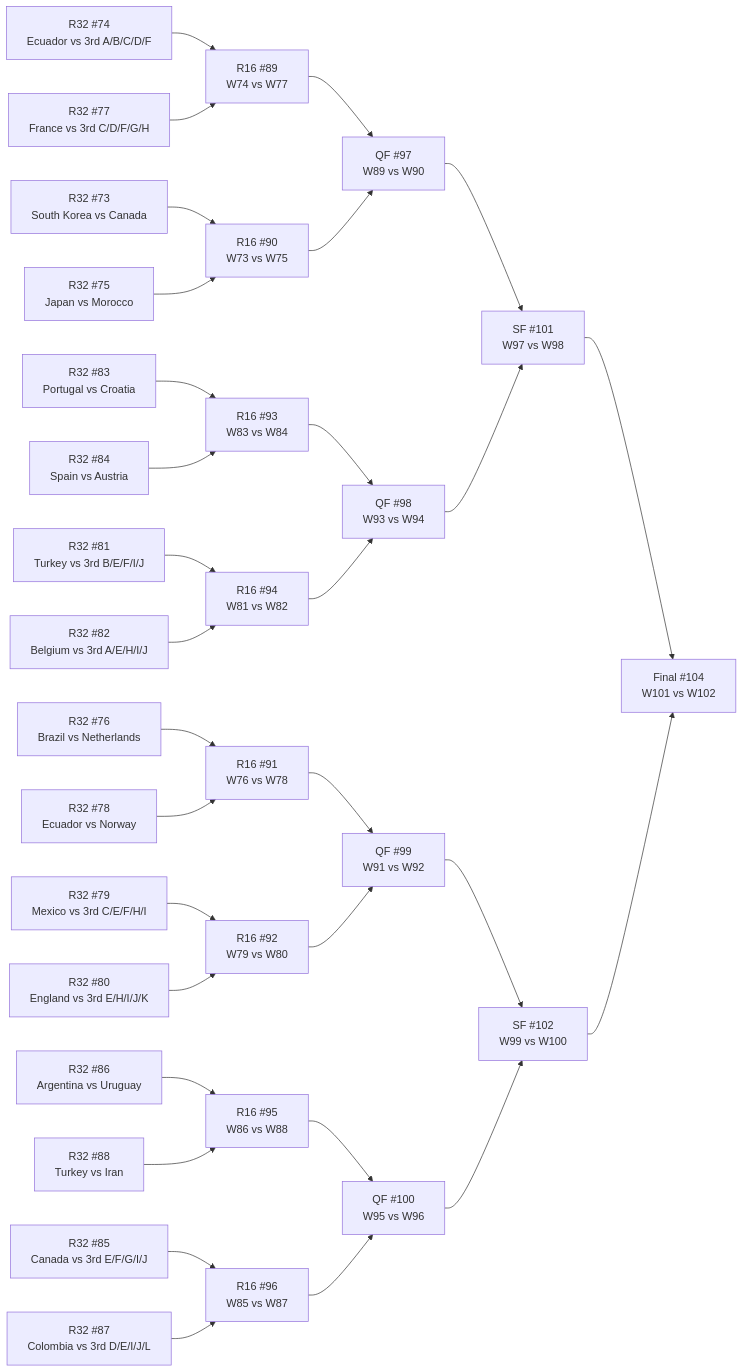
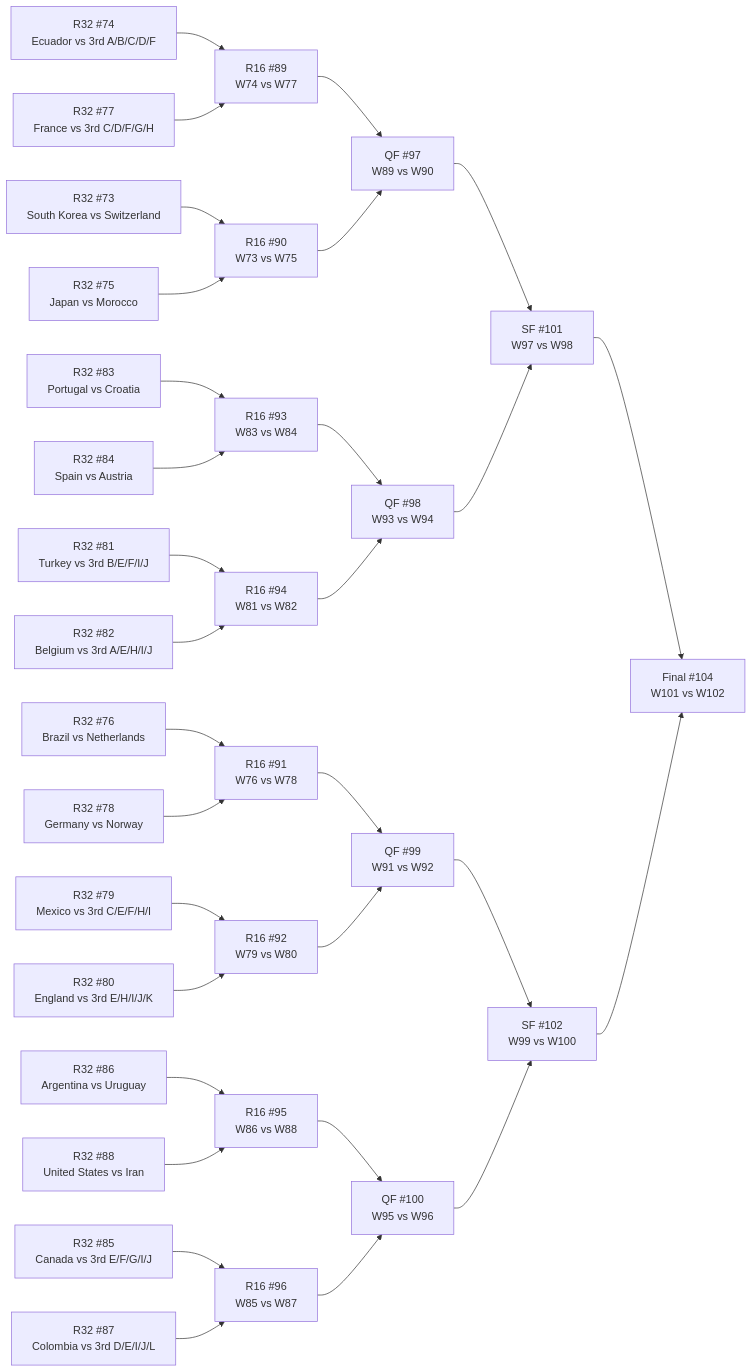
Before and after one commit to Tutai-Tran/WC-2026-predictor: the diagram in WC vault/_bracket.md, drawn with Mermaid. The commit also changed 227 other files, not shown here.

````diff
--- a/WC vault/_bracket.md
+++ b/WC vault/_bracket.md
@@ -11,64 +11,64 @@
 ```mermaid
 flowchart LR
-  M73["R32 #73<br>South Korea vs Canada"]
+  M73["R32 #73<br>South Korea vs Switzerland"]
   M74["R32 #74<br>Ecuador vs 3rd A/B/C/D/F"]
   M75["R32 #75<br>Japan vs Morocco"]
   M76["R32 #76<br>Brazil vs Netherlands"]
   M77["R32 #77<br>France vs 3rd C/D/F/G/H"]
-  M78["R32 #78<br>Ecuador vs Norway"]
+  M78["R32 #78<br>Germany vs Norway"]
   M79["R32 #79<br>Mexico vs 3rd C/E/F/H/I"]
   M80["R32 #80<br>England vs 3rd E/H/I/J/K"]
   M81["R32 #81<br>Turkey vs 3rd B/E/F/I/J"]
   M82["R32 #82<br>Belgium vs 3rd A/E/H/I/J"]
   M83["R32 #83<br>Portugal vs Croatia"]
   M84["R32 #84<br>Spain vs Austria"]
   M85["R32 #85<br>Canada vs 3rd E/F/G/I/J"]
   M86["R32 #86<br>Argentina vs Uruguay"]
   M87["R32 #87<br>Colombia vs 3rd D/E/I/J/L"]
-  M88["R32 #88<br>Turkey vs Iran"]
+  M88["R32 #88<br>United States vs Iran"]
   M89["R16 #89<br>W74 vs W77"]
   M90["R16 #90<br>W73 vs W75"]
   M91["R16 #91<br>W76 vs W78"]
   M92["R16 #92<br>W79 vs W80"]
   M93["R16 #93<br>W83 vs W84"]
   M94["R16 #94<br>W81 vs W82"]
   M95["R16 #95<br>W86 vs W88"]
   M96["R16 #96<br>W85 vs W87"]
   M97["QF #97<br>W89 vs W90"]
   M98["QF #98<br>W93 vs W94"]
   M99["QF #99<br>W91 vs W92"]
   M100["QF #100<br>W95 vs W96"]
   M101["SF #101<br>W97 vs W98"]
   M102["SF #102<br>W99 vs W100"]
   M104["Final #104<br>W101 vs W102"]
   M74 --> M89
   M77 --> M89
   M73 --> M90
   M75 --> M90
   M76 --> M91
   M78 --> M91
   M79 --> M92
   M80 --> M92
   M83 --> M93
   M84 --> M93
   M81 --> M94
   M82 --> M94
   M86 --> M95
   M88 --> M95
   M85 --> M96
   M87 --> M96
   M89 --> M97
   M90 --> M97
   M93 --> M98
   M94 --> M98
   M91 --> M99
   M92 --> M99
   M95 --> M100
   M96 --> M100
   M97 --> M101
   M98 --> M101
   M99 --> M102
   M100 --> M102
   M101 --> M104
   M102 --> M104
 ```
````
